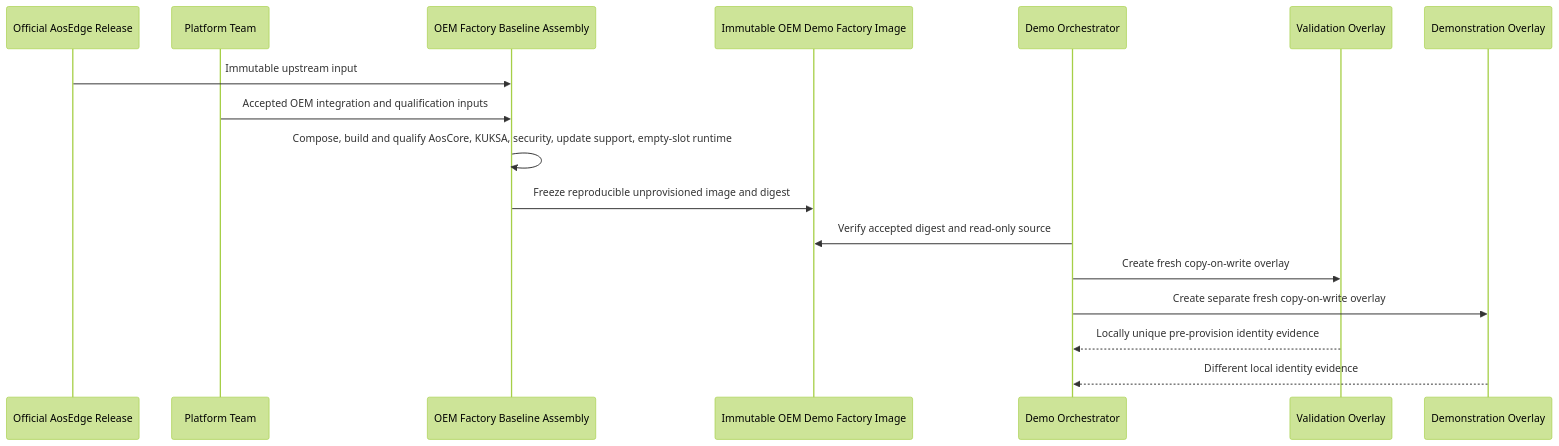
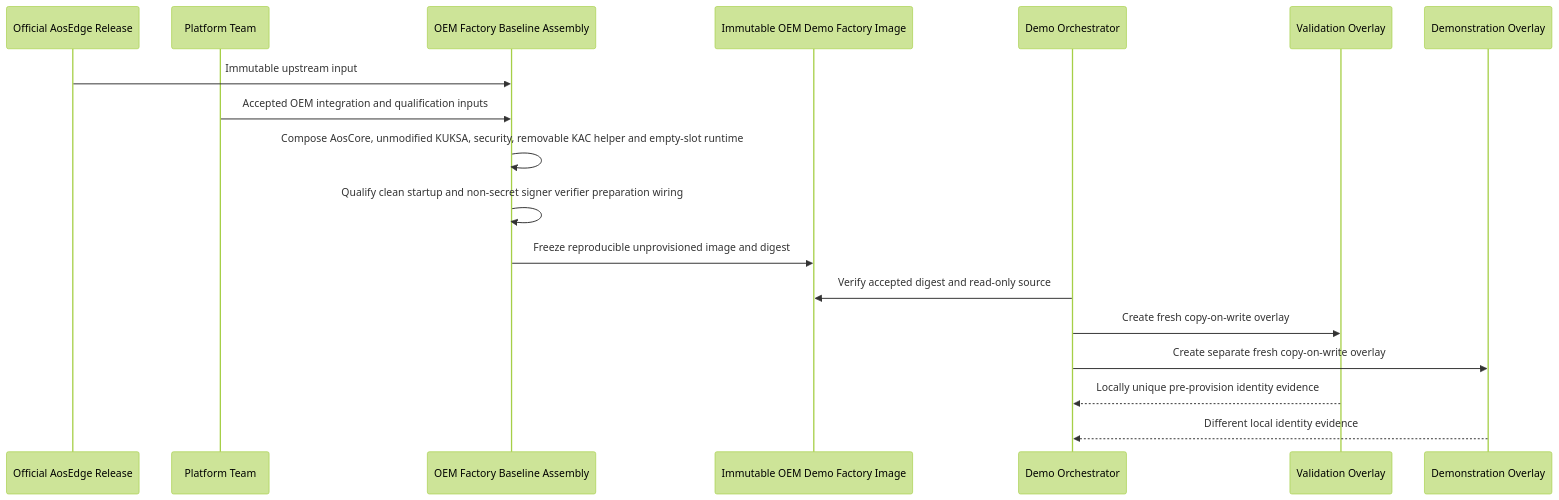
The fourth of 22 diagrams in docs/architecture/demo-scenario-architecture-flows.md (alexmaninblack/aosedge-sdv-demo), drawn with Mermaid (forest theme) before and after one commit. The commit also changed other lines of this file and 60 other files, not shown here.

````diff
--- a/docs/architecture/demo-scenario-architecture-flows.md
+++ b/docs/architecture/demo-scenario-architecture-flows.md
@@ -250,20 +330,21 @@
 ```mermaid
 sequenceDiagram
     participant UR as Official AosEdge Release
     participant PT as Platform Team
     participant BA as OEM Factory Baseline Assembly
     participant FI as Immutable OEM Demo Factory Image
     participant OR as Demo Orchestrator
     participant VO as Validation Overlay
     participant DO as Demonstration Overlay
 
     UR->>BA: Immutable upstream input
     PT->>BA: Accepted OEM integration and qualification inputs
-    BA->>BA: Compose, build and qualify AosCore, KUKSA, security, update support, empty-slot runtime
+    BA->>BA: Compose AosCore, unmodified KUKSA, security, removable KAC helper and empty-slot runtime
+    BA->>BA: Qualify clean startup and non-secret signer verifier preparation wiring
     BA->>FI: Freeze reproducible unprovisioned image and digest
     OR->>FI: Verify accepted digest and read-only source
     OR->>VO: Create fresh copy-on-write overlay
     OR->>DO: Create separate fresh copy-on-write overlay
     VO-->>OR: Locally unique pre-provision identity evidence
     DO-->>OR: Different local identity evidence
 ```
````
